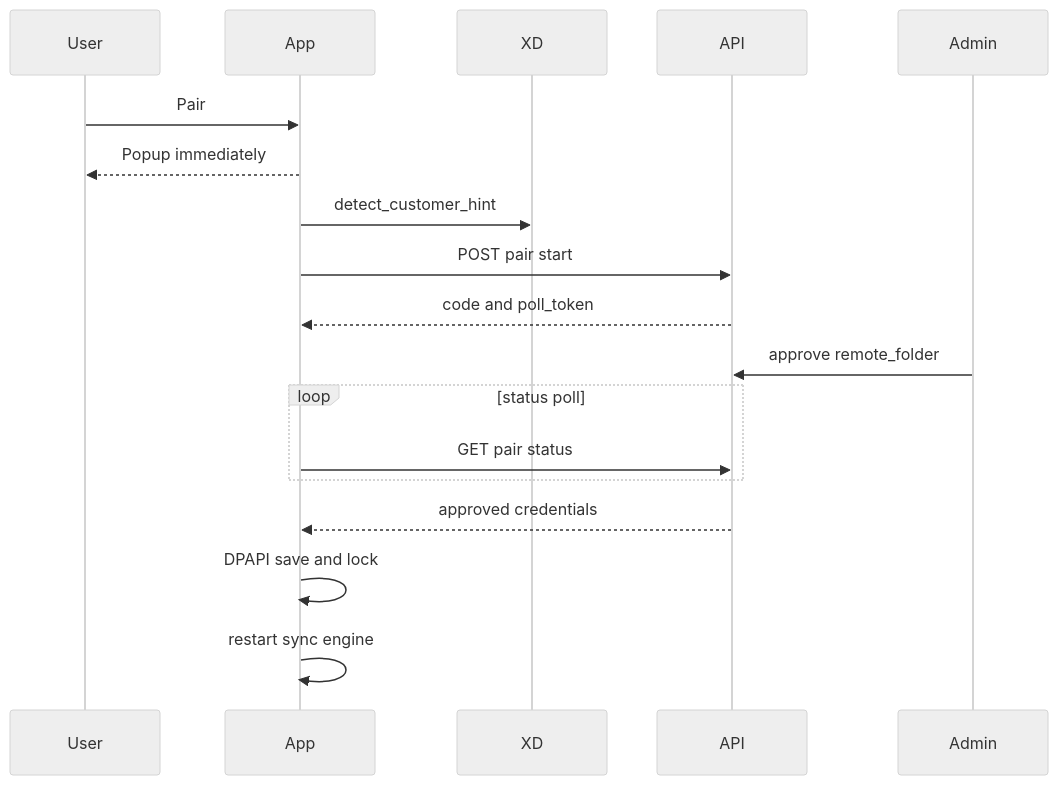
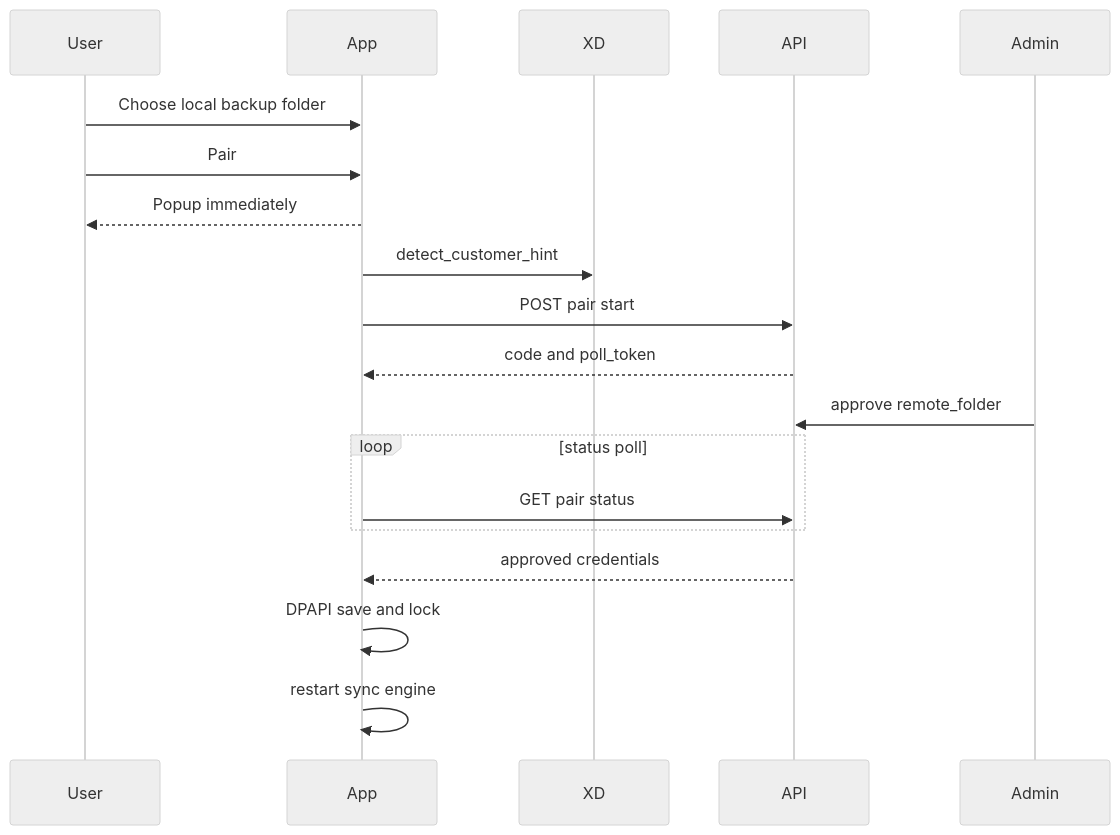
The third of 3 diagrams in SPEC.md (ruibeard/backup-sync-tool), drawn with Mermaid (neutral theme) before and after one commit. The commit also changed other lines of this file and 13 other files, not shown here.

````diff
--- a/SPEC.md
+++ b/SPEC.md
@@ -143,21 +143,22 @@
 ```mermaid
 sequenceDiagram
     participant User
     participant App
     participant XD
     participant API
     participant Admin
 
+    User->>App: Choose local backup folder
     User->>App: Pair
     App-->>User: Popup immediately
     App->>XD: detect_customer_hint
     App->>API: POST pair start
     API-->>App: code and poll_token
     Admin->>API: approve remote_folder
     loop status poll
         App->>API: GET pair status
     end
     API-->>App: approved credentials
     App->>App: DPAPI save and lock
     App->>App: restart sync engine
 ```
````
